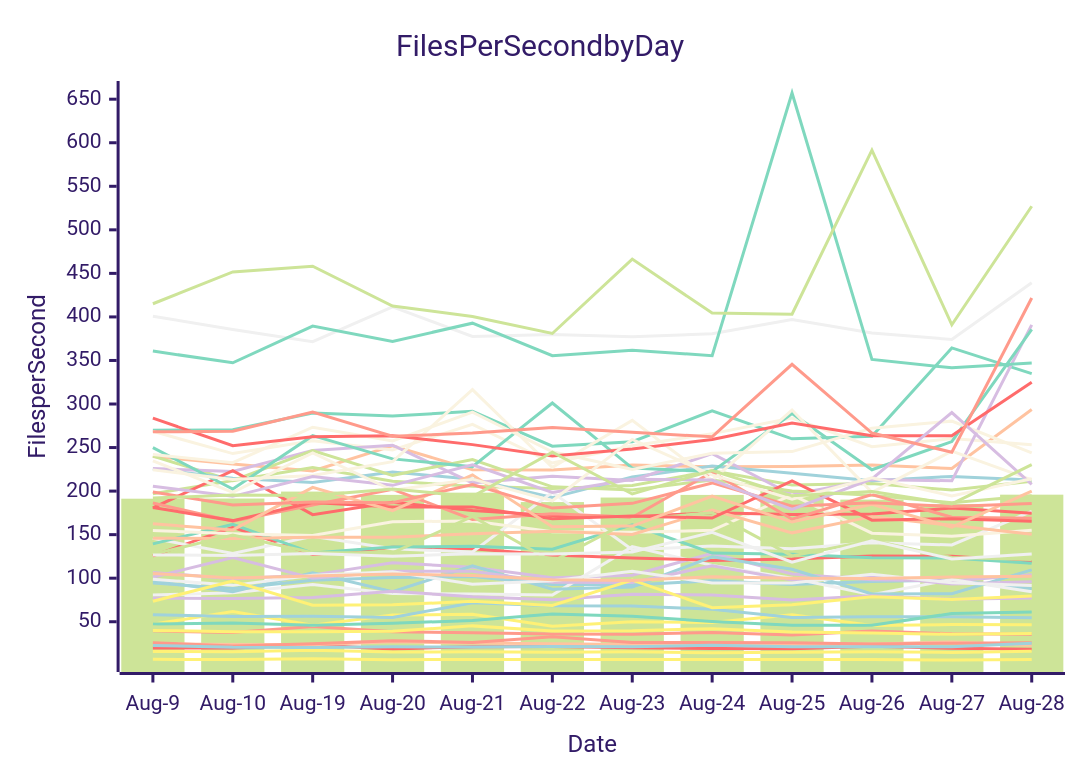
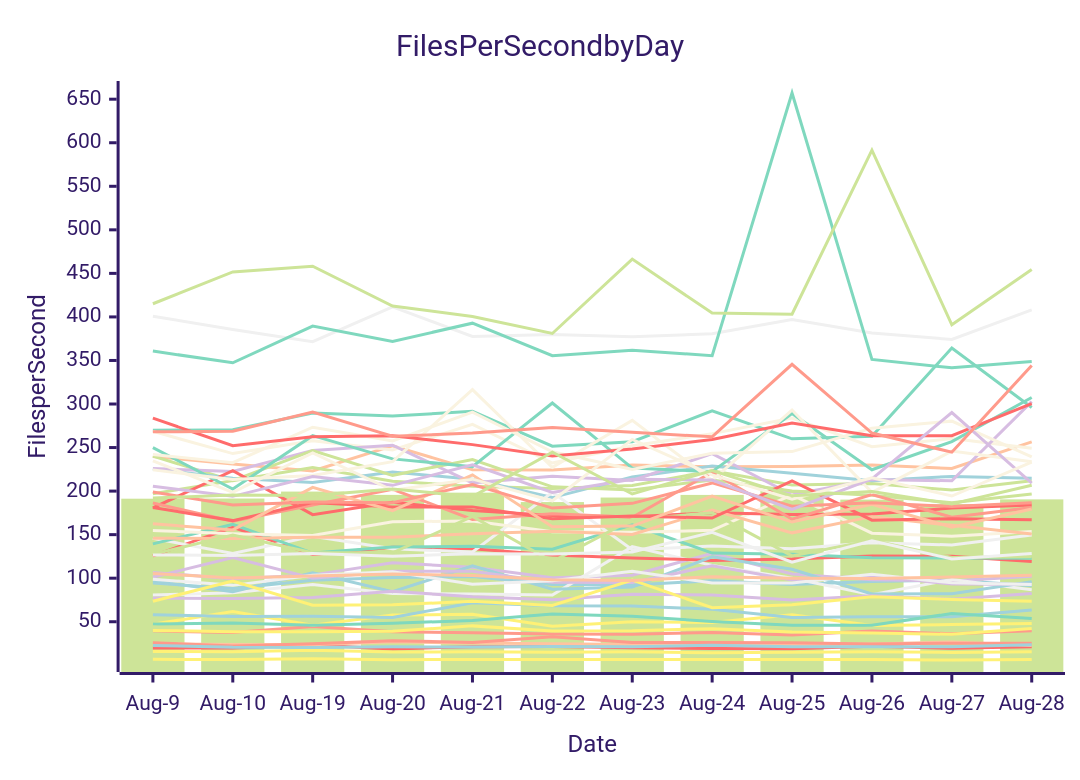
One commit to streetsidesoftware/cspell changed the diagram in perf-report.md. Above: the diagram before and after it, drawn with Mermaid (forest theme). The commit also changed other lines of this file and 2 other files, not shown here.

````diff
--- a/perf-report.md
+++ b/perf-report.md
@@ -11,57 +11,57 @@
 ```mermaid
 xychart-beta
     title Files Per Second by Day
     y-axis Files per Second
     x-axis Date [Aug-9, Aug-10, Aug-19, Aug-20, Aug-21, Aug-22, Aug-23, Aug-24, Aug-25, Aug-26, Aug-27, Aug-28]
-    bar [191.27, 191.48, 199.45, 195.67, 198.22, 187.40, 192.61, 195.61, 200.69, 190.24, 185.15, 195.90]
-    line [19.76, 19.87, 23.15, 18.80, 21.30, 21.70, 20.11, 19.24, 18.97, 21.74, 19.44, 18.40]
-    line [94.45, 88.13, 97.66, 100.71, 101.93, 92.80, 92.11, 97.07, 92.83, 96.14, 97.78, 87.85]
-    line [106.66, 99.38, 103.80, 117.71, 112.47, 100.50, 103.30, 128.71, 104.89, 98.28, 96.78, 104.02]
-    line [80.61, 83.15, 92.81, 82.44, 81.86, 80.75, 136.22, 114.72, 99.92, 81.00, 98.60, 84.48]
-    line [239.79, 231.09, 223.10, 252.00, 224.60, 224.17, 230.06, 227.93, 228.22, 229.99, 225.97, 293.63]
-    line [269.81, 270.47, 289.77, 286.14, 291.59, 251.52, 256.69, 292.19, 260.02, 262.94, 364.38, 334.92]
-    line [39.52, 37.52, 44.46, 38.46, 37.42, 35.96, 35.65, 37.61, 34.82, 39.47, 36.12, 35.74]
-    line [268.54, 243.09, 257.77, 247.18, 276.72, 232.23, 252.08, 266.01, 283.94, 251.01, 260.27, 253.32]
-    line [6.78, 6.60, 7.51, 6.38, 6.72, 6.55, 6.77, 6.55, 6.58, 6.64, 6.06, 6.62]
-    line [240.17, 211.99, 227.00, 211.38, 205.51, 203.10, 206.43, 223.33, 206.89, 208.72, 201.20, 211.29]
-    line [125.68, 158.27, 127.25, 135.61, 133.76, 126.70, 123.28, 120.42, 121.90, 125.42, 125.26, 119.17]
-    line [225.24, 214.74, 210.02, 221.88, 213.58, 192.56, 216.27, 228.68, 220.47, 211.98, 216.89, 212.87]
-    line [225.91, 222.58, 246.74, 252.74, 209.47, 217.12, 212.13, 242.98, 195.81, 213.43, 211.78, 390.91]
-    line [145.75, 128.32, 148.05, 133.76, 130.09, 198.58, 132.66, 136.89, 133.84, 140.74, 138.14, 176.80]
-    line [24.65, 23.72, 23.68, 26.94, 25.51, 24.79, 23.76, 23.53, 22.75, 24.32, 26.78, 23.08]
-    line [139.45, 161.93, 128.87, 135.71, 136.66, 133.36, 161.38, 128.87, 127.62, 123.35, 123.11, 117.24]
-    line [25.95, 22.03, 24.86, 28.29, 26.21, 32.71, 26.20, 26.09, 26.00, 24.43, 25.37, 25.88]
-    line [154.75, 150.93, 149.02, 164.86, 165.64, 153.35, 152.64, 155.02, 195.52, 151.70, 148.17, 155.05]
-    line [15.80, 15.53, 17.25, 15.28, 15.49, 14.84, 15.46, 14.39, 15.01, 15.63, 14.69, 16.21]
-    line [196.97, 211.99, 246.59, 218.10, 236.31, 204.94, 201.38, 212.81, 200.01, 195.34, 186.50, 194.73]
-    line [180.75, 223.35, 172.94, 187.16, 177.68, 172.01, 170.49, 175.09, 173.22, 173.59, 180.48, 174.61]
-    line [96.93, 84.41, 106.12, 84.61, 114.12, 87.31, 89.99, 124.55, 110.24, 81.92, 82.24, 109.60]
-    line [77.16, 76.75, 77.91, 84.91, 78.76, 75.34, 81.46, 80.77, 74.97, 79.78, 75.90, 77.31]
-    line [400.74, 385.62, 371.65, 411.46, 377.61, 379.88, 377.18, 380.64, 396.91, 381.52, 374.08, 439.23]
-    line [145.79, 145.58, 147.10, 147.08, 151.07, 153.94, 150.27, 178.09, 152.08, 170.66, 160.71, 150.58]
-    line [249.96, 202.34, 263.67, 236.99, 228.06, 301.20, 226.40, 222.40, 289.06, 224.56, 256.87, 385.77]
-    line [186.27, 165.43, 184.07, 202.12, 167.51, 173.85, 169.85, 221.75, 167.75, 195.90, 170.00, 168.92]
-    line [224.37, 213.27, 217.89, 233.79, 316.48, 227.32, 281.23, 212.31, 293.11, 198.49, 245.94, 212.84]
-    line [47.00, 61.84, 45.89, 57.63, 58.67, 44.77, 49.92, 49.06, 57.90, 45.60, 46.71, 46.45]
-    line [127.47, 149.55, 129.16, 129.10, 170.99, 119.13, 167.47, 175.06, 125.57, 143.51, 123.67, 121.57]
-    line [181.18, 166.12, 186.93, 181.85, 181.88, 168.34, 171.35, 169.12, 211.70, 166.64, 168.34, 165.29]
-    line [57.90, 56.15, 56.35, 54.76, 71.89, 68.47, 68.09, 64.39, 54.76, 55.64, 55.71, 54.55]
-    line [101.07, 123.80, 99.87, 108.06, 107.98, 95.34, 94.96, 114.12, 97.84, 103.09, 93.25, 95.82]
-    line [98.84, 91.76, 103.43, 107.49, 93.08, 97.11, 107.90, 94.53, 94.47, 104.38, 94.67, 91.52]
-    line [162.48, 155.40, 204.32, 177.59, 218.64, 159.00, 159.79, 194.26, 164.45, 184.75, 158.60, 200.06]
-    line [360.76, 347.31, 389.41, 371.89, 392.82, 355.53, 361.83, 355.43, 657.12, 351.25, 341.51, 347.20]
-    line [198.91, 184.05, 187.41, 186.67, 207.48, 180.49, 185.92, 209.38, 182.67, 186.49, 182.43, 185.77]
-    line [242.10, 232.62, 273.32, 257.69, 290.62, 245.10, 224.83, 243.49, 245.36, 272.30, 280.33, 243.96]
-    line [73.60, 96.61, 68.89, 69.48, 73.38, 68.77, 97.84, 66.15, 69.59, 78.77, 75.57, 79.49]
-    line [415.14, 451.69, 458.22, 412.53, 400.53, 380.98, 466.37, 404.40, 403.18, 591.49, 390.96, 527.06]
-    line [283.77, 252.09, 262.36, 263.68, 253.37, 240.18, 248.22, 259.20, 278.18, 263.50, 263.68, 324.94]
-    line [22.84, 20.59, 20.47, 21.22, 20.90, 21.42, 21.40, 22.88, 21.36, 21.22, 21.19, 25.41]
-    line [205.56, 193.98, 216.67, 206.61, 230.20, 198.53, 213.69, 212.64, 179.07, 214.07, 290.22, 207.82]
-    line [126.64, 126.17, 128.45, 125.27, 127.94, 127.77, 130.20, 152.67, 118.34, 143.02, 122.15, 127.81]
-    line [105.46, 100.11, 102.43, 104.89, 103.21, 98.21, 97.36, 101.78, 100.00, 99.58, 101.28, 102.15]
-    line [47.26, 48.66, 46.00, 48.26, 51.42, 58.83, 56.30, 50.38, 45.97, 45.91, 59.43, 61.32]
-    line [268.09, 268.70, 290.78, 262.94, 266.60, 272.93, 267.45, 262.37, 345.57, 266.69, 244.68, 421.69]
-    line [234.76, 198.61, 243.75, 200.90, 213.71, 188.91, 259.37, 218.53, 190.79, 215.33, 194.36, 214.16]
-    line [39.98, 38.63, 38.64, 39.11, 45.24, 39.50, 39.66, 42.07, 38.23, 36.94, 35.58, 36.58]
-    line [192.03, 195.48, 194.87, 202.54, 193.62, 244.63, 196.70, 223.56, 194.58, 199.46, 185.25, 230.37]
+    bar [191.27, 191.48, 199.45, 195.67, 198.22, 187.40, 192.61, 195.61, 200.69, 190.24, 185.15, 190.50]
+    line [19.76, 19.87, 23.15, 18.80, 21.30, 21.70, 20.11, 19.24, 18.97, 21.74, 19.44, 21.30]
+    line [94.45, 88.13, 97.66, 100.71, 101.93, 92.80, 92.11, 97.07, 92.83, 96.14, 97.78, 91.24]
+    line [106.66, 99.38, 103.80, 117.71, 112.47, 100.50, 103.30, 128.71, 104.89, 98.28, 96.78, 102.17]
+    line [80.61, 83.15, 92.81, 82.44, 81.86, 80.75, 136.22, 114.72, 99.92, 81.00, 98.60, 86.76]
+    line [239.79, 231.09, 223.10, 252.00, 224.60, 224.17, 230.06, 227.93, 228.22, 229.99, 225.97, 256.46]
+    line [269.81, 270.47, 289.77, 286.14, 291.59, 251.52, 256.69, 292.19, 260.02, 262.94, 364.38, 295.92]
+    line [39.52, 37.52, 44.46, 38.46, 37.42, 35.96, 35.65, 37.61, 34.82, 39.47, 36.12, 39.71]
+    line [268.54, 243.09, 257.77, 247.18, 276.72, 232.23, 252.08, 266.01, 283.94, 251.01, 260.27, 249.20]
+    line [6.78, 6.60, 7.51, 6.38, 6.72, 6.55, 6.77, 6.55, 6.58, 6.64, 6.06, 6.58]
+    line [240.17, 211.99, 227.00, 211.38, 205.51, 203.10, 206.43, 223.33, 206.89, 208.72, 201.20, 211.92]
+    line [125.68, 158.27, 127.25, 135.61, 133.76, 126.70, 123.28, 120.42, 121.90, 125.42, 125.26, 119.07]
+    line [225.24, 214.74, 210.02, 221.88, 213.58, 192.56, 216.27, 228.68, 220.47, 211.98, 216.89, 214.66]
+    line [225.91, 222.58, 246.74, 252.74, 209.47, 217.12, 212.13, 242.98, 195.81, 213.43, 211.78, 302.76]
+    line [145.75, 128.32, 148.05, 133.76, 130.09, 198.58, 132.66, 136.89, 133.84, 140.74, 138.14, 149.64]
+    line [24.65, 23.72, 23.68, 26.94, 25.51, 24.79, 23.76, 23.53, 22.75, 24.32, 26.78, 22.73]
+    line [139.45, 161.93, 128.87, 135.71, 136.66, 133.36, 161.38, 128.87, 127.62, 123.35, 123.11, 122.97]
+    line [25.95, 22.03, 24.86, 28.29, 26.21, 32.71, 26.20, 26.09, 26.00, 24.43, 25.37, 25.30]
+    line [154.75, 150.93, 149.02, 164.86, 165.64, 153.35, 152.64, 155.02, 195.52, 151.70, 148.17, 153.51]
+    line [15.80, 15.53, 17.25, 15.28, 15.49, 14.84, 15.46, 14.39, 15.01, 15.63, 14.69, 15.59]
+    line [196.97, 211.99, 246.59, 218.10, 236.31, 204.94, 201.38, 212.81, 200.01, 195.34, 186.50, 196.65]
+    line [180.75, 223.35, 172.94, 187.16, 177.68, 172.01, 170.49, 175.09, 173.22, 173.59, 180.48, 184.11]
+    line [96.93, 84.41, 106.12, 84.61, 114.12, 87.31, 89.99, 124.55, 110.24, 81.92, 82.24, 96.03]
+    line [77.16, 76.75, 77.91, 84.91, 78.76, 75.34, 81.46, 80.77, 74.97, 79.78, 75.90, 82.49]
+    line [400.74, 385.62, 371.65, 411.46, 377.61, 379.88, 377.18, 380.64, 396.91, 381.52, 374.08, 408.05]
+    line [145.79, 145.58, 147.10, 147.08, 151.07, 153.94, 150.27, 178.09, 152.08, 170.66, 160.71, 150.87]
+    line [249.96, 202.34, 263.67, 236.99, 228.06, 301.20, 226.40, 222.40, 289.06, 224.56, 256.87, 307.43]
+    line [186.27, 165.43, 184.07, 202.12, 167.51, 173.85, 169.85, 221.75, 167.75, 195.90, 170.00, 181.07]
+    line [224.37, 213.27, 217.89, 233.79, 316.48, 227.32, 281.23, 212.31, 293.11, 198.49, 245.94, 233.69]
+    line [47.00, 61.84, 45.89, 57.63, 58.67, 44.77, 49.92, 49.06, 57.90, 45.60, 46.71, 47.88]
+    line [127.47, 149.55, 129.16, 129.10, 170.99, 119.13, 167.47, 175.06, 125.57, 143.51, 123.67, 124.64]
+    line [181.18, 166.12, 186.93, 181.85, 181.88, 168.34, 171.35, 169.12, 211.70, 166.64, 168.34, 166.99]
+    line [57.90, 56.15, 56.35, 54.76, 71.89, 68.47, 68.09, 64.39, 54.76, 55.64, 55.71, 63.34]
+    line [101.07, 123.80, 99.87, 108.06, 107.98, 95.34, 94.96, 114.12, 97.84, 103.09, 93.25, 93.04]
+    line [98.84, 91.76, 103.43, 107.49, 93.08, 97.11, 107.90, 94.53, 94.47, 104.38, 94.67, 92.66]
+    line [162.48, 155.40, 204.32, 177.59, 218.64, 159.00, 159.79, 194.26, 164.45, 184.75, 158.60, 179.41]
+    line [360.76, 347.31, 389.41, 371.89, 392.82, 355.53, 361.83, 355.43, 657.12, 351.25, 341.51, 348.71]
+    line [198.91, 184.05, 187.41, 186.67, 207.48, 180.49, 185.92, 209.38, 182.67, 186.49, 182.43, 186.64]
+    line [242.10, 232.62, 273.32, 257.69, 290.62, 245.10, 224.83, 243.49, 245.36, 272.30, 280.33, 239.27]
+    line [73.60, 96.61, 68.89, 69.48, 73.38, 68.77, 97.84, 66.15, 69.59, 78.77, 75.57, 73.42]
+    line [415.14, 451.69, 458.22, 412.53, 400.53, 380.98, 466.37, 404.40, 403.18, 591.49, 390.96, 454.33]
+    line [283.77, 252.09, 262.36, 263.68, 253.37, 240.18, 248.22, 259.20, 278.18, 263.50, 263.68, 300.36]
+    line [22.84, 20.59, 20.47, 21.22, 20.90, 21.42, 21.40, 22.88, 21.36, 21.22, 21.19, 23.48]
+    line [205.56, 193.98, 216.67, 206.61, 230.20, 198.53, 213.69, 212.64, 179.07, 214.07, 290.22, 209.19]
+    line [126.64, 126.17, 128.45, 125.27, 127.94, 127.77, 130.20, 152.67, 118.34, 143.02, 122.15, 128.36]
+    line [105.46, 100.11, 102.43, 104.89, 103.21, 98.21, 97.36, 101.78, 100.00, 99.58, 101.28, 103.38]
+    line [47.26, 48.66, 46.00, 48.26, 51.42, 58.83, 56.30, 50.38, 45.97, 45.91, 59.43, 53.83]
+    line [268.09, 268.70, 290.78, 262.94, 266.60, 272.93, 267.45, 262.37, 345.57, 266.69, 244.68, 344.12]
+    line [234.76, 198.61, 243.75, 200.90, 213.71, 188.91, 259.37, 218.53, 190.79, 215.33, 194.36, 233.28]
+    line [39.98, 38.63, 38.64, 39.11, 45.24, 39.50, 39.66, 42.07, 38.23, 36.94, 35.58, 42.11]
+    line [192.03, 195.48, 194.87, 202.54, 193.62, 244.63, 196.70, 223.56, 194.58, 199.46, 185.25, 206.78]
 ```
````
